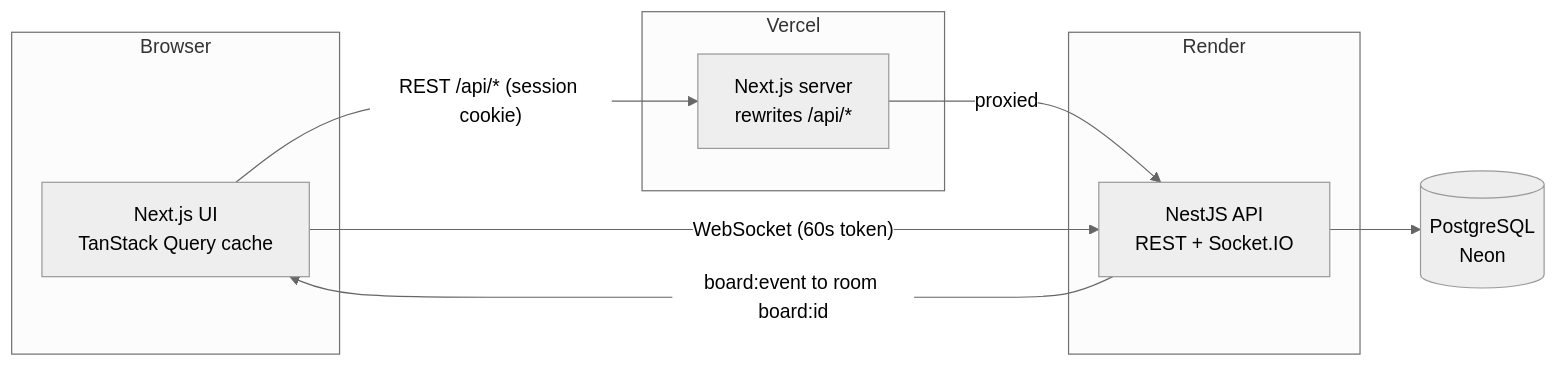
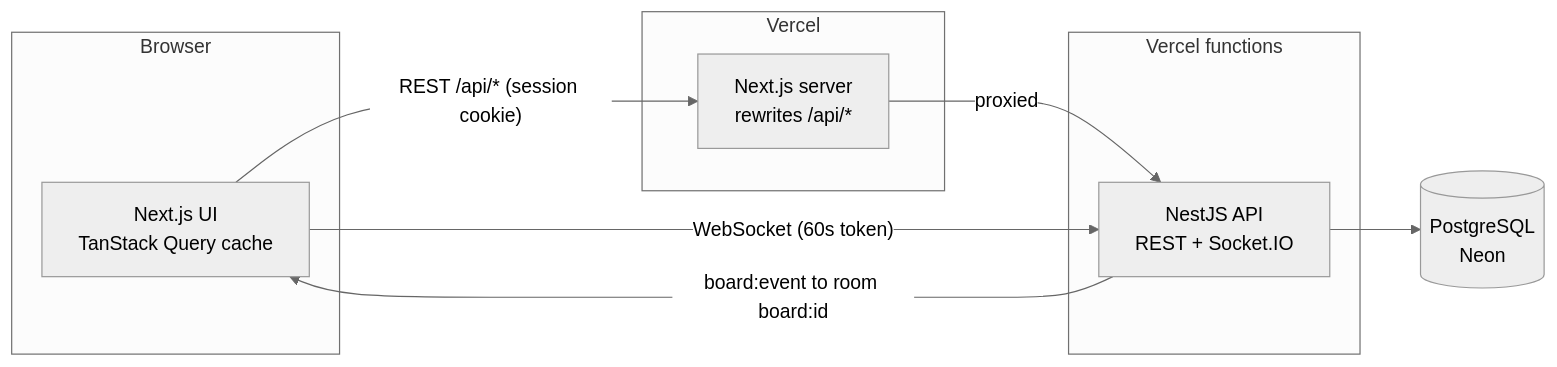
Before and after one commit to AmalEltelbany/realtime-board: the diagram in README.md, drawn with Mermaid (neutral theme). The commit also changed other lines of this file, not shown here.

Commit message:
docs: deploy on Vercel and explain the Postgres Socket.IO adapter

````diff
--- a/README.md
+++ b/README.md
@@ -22,19 +22,19 @@
 ```mermaid
 flowchart LR
   subgraph Browser
     UI[Next.js UI<br/>TanStack Query cache]
   end
   subgraph Vercel
     Next[Next.js server<br/>rewrites /api/*]
   end
-  subgraph Render
+  subgraph Vercel functions
     API[NestJS API<br/>REST + Socket.IO]
   end
   DB[(PostgreSQL<br/>Neon)]
 
   UI -- "REST /api/* (session cookie)" --> Next
   Next -- proxied --> API
   UI -- "WebSocket (60s token)" --> API
   API --> DB
   API -- "board:event to room board:id" --> UI
 ```
````
